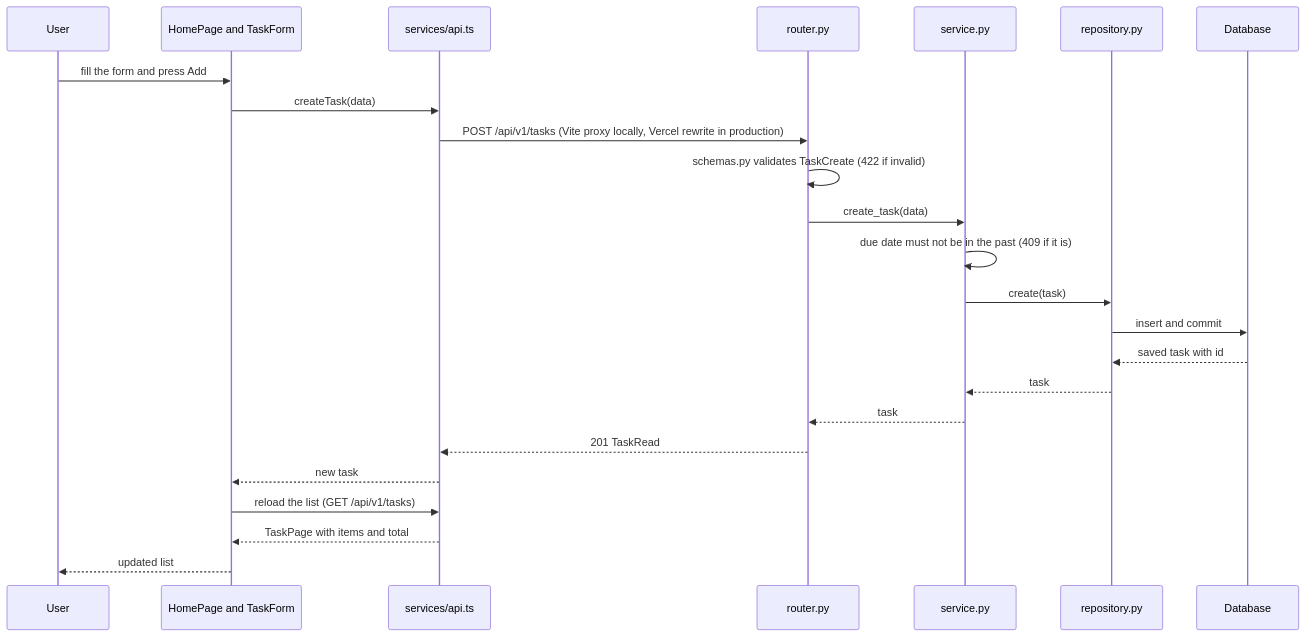
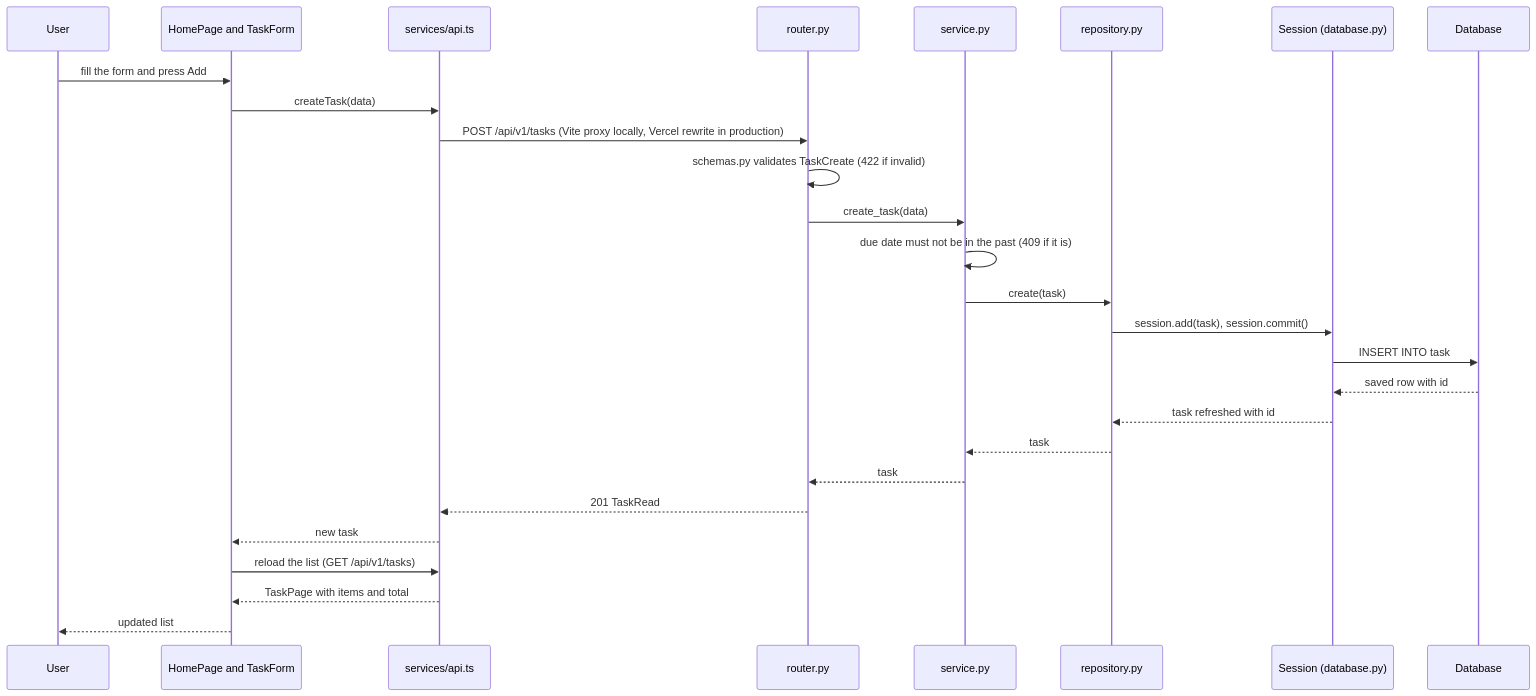
The fourth of 4 diagrams in README.md (sayef-reyadh-labs/smarter-todo), drawn with Mermaid before and after one commit. The commit also changed other lines of this file, not shown here.

Commit message:
docs: show how the session reaches the database in the readme diagrams (#3)

````diff
--- a/README.md
+++ b/README.md
@@ -93,26 +107,29 @@
 ```mermaid
 sequenceDiagram
     participant U as User
     participant P as HomePage and TaskForm
     participant A as services/api.ts
     participant R as router.py
     participant V as service.py
     participant Q as repository.py
+    participant S as Session (database.py)
     participant D as Database
     U->>P: fill the form and press Add
     P->>A: createTask(data)
     A->>R: POST /api/v1/tasks (Vite proxy locally, Vercel rewrite in production)
     R->>R: schemas.py validates TaskCreate (422 if invalid)
     R->>V: create_task(data)
     V->>V: due date must not be in the past (409 if it is)
     V->>Q: create(task)
-    Q->>D: insert and commit
-    D-->>Q: saved task with id
+    Q->>S: session.add(task), session.commit()
+    S->>D: INSERT INTO task
+    D-->>S: saved row with id
+    S-->>Q: task refreshed with id
     Q-->>V: task
     V-->>R: task
     R-->>A: 201 TaskRead
     A-->>P: new task
     P->>A: reload the list (GET /api/v1/tasks)
     A-->>P: TaskPage with items and total
     P-->>U: updated list
 ```
````
